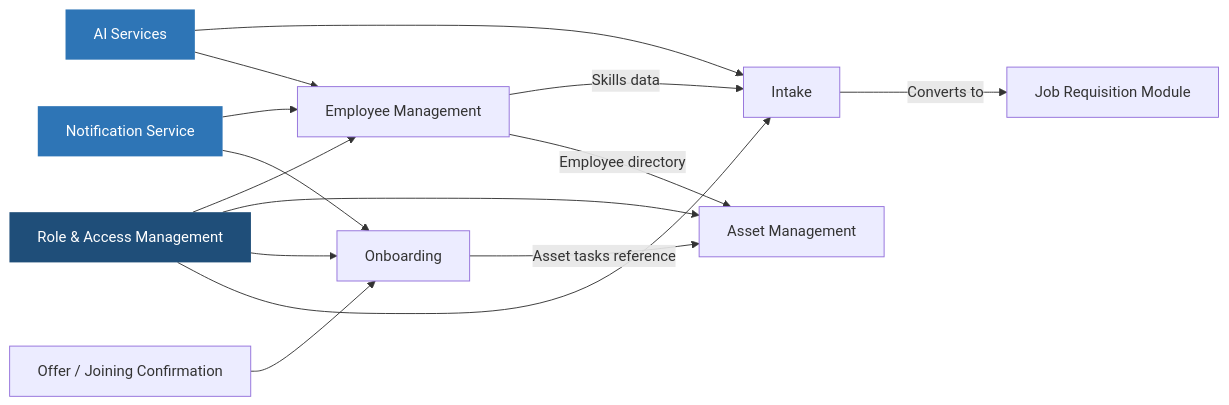
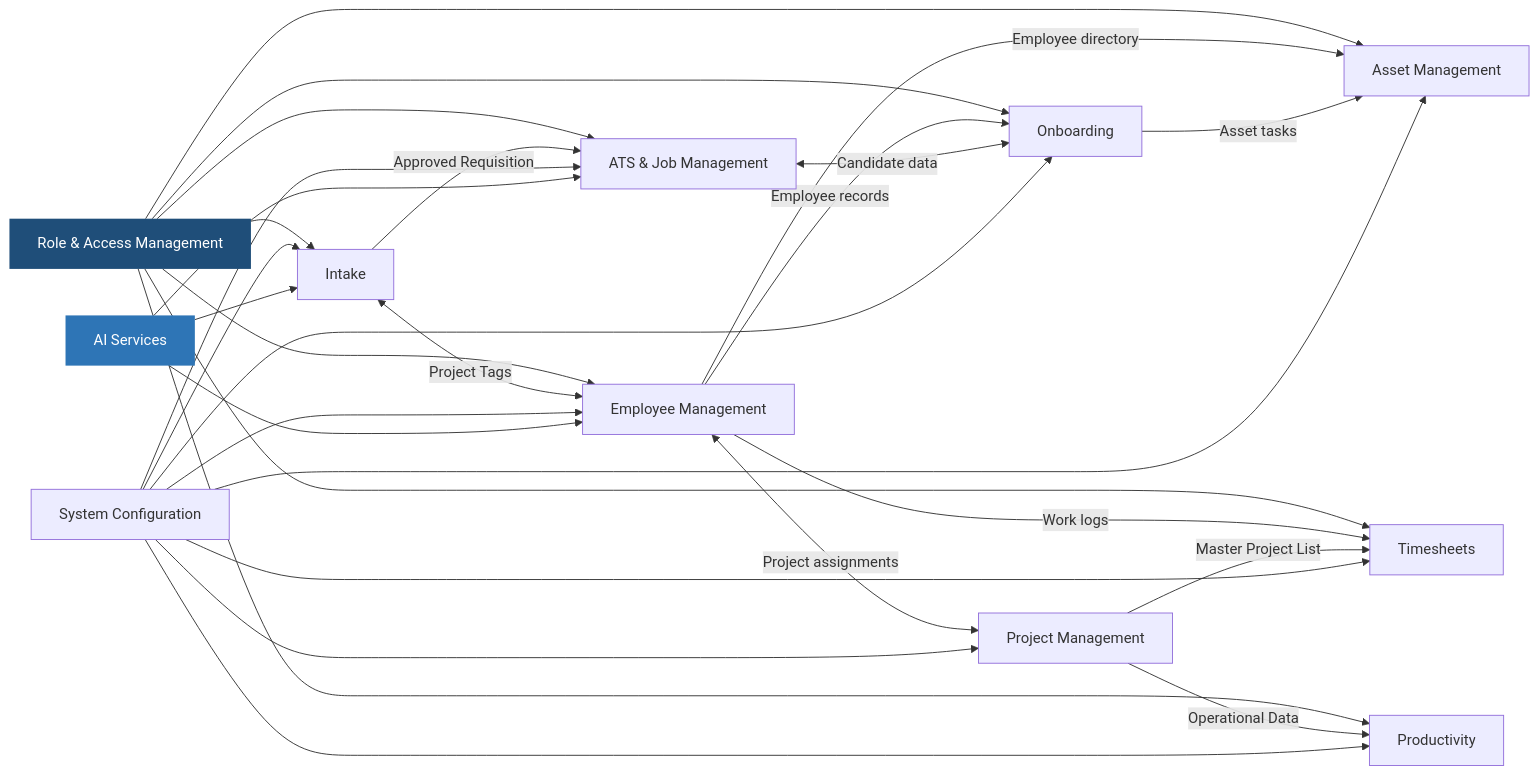
Before and after one commit to ATDawnTech/HubV2: diagram 18 of 18 in docs/ADT_Hub_Spec_Plan.md, drawn with Mermaid. The commit also changed other lines of this file, not shown here.

Commit message:
Refine Epic 1 (Personnel Management) and reorder Epics 8/10

````diff
--- a/docs/ADT_Hub_Spec_Plan.md
+++ b/docs/ADT_Hub_Spec_Plan.md
@@ -729,21 +909,35 @@
 ```mermaid
 graph LR
-    RBAC[Role & Access Management] --> Intake
+    RBAC[Role & Access Management] --> Employees[Employee Management]
+    RBAC --> Intake
     RBAC --> Onboarding
     RBAC --> Assets[Asset Management]
-    RBAC --> Employees[Employee Management]
+    RBAC --> ATS[ATS & Job Management]
+    RBAC --> Timesheets
+    RBAC --> Productivity
 
-    Intake -->|Converts to| JobRec[Job Requisition Module]
-    Offer[Offer / Joining Confirmation] --> Onboarding
-    Onboarding -->|Asset tasks reference| Assets
-    Notify[Notification Service] --> Onboarding
-    Notify --> Employees
     Employees -->|Employee directory| Assets
-    Employees -->|Skills data| Intake
+    Employees -->|Employee records| Onboarding
+    Employees <-->|Project assignments| ProjectMgmt[Project Management]
+    Employees -->|Work logs| Timesheets
+    Intake <-->|Project Tags| Employees
+    Intake -->|Approved Requisition| ATS
+    ATS <-->|Candidate data| Onboarding
+    Onboarding -->|Asset tasks| Assets
+    ProjectMgmt -->|Master Project List| Timesheets
+    ProjectMgmt -->|Operational Data| Productivity
+    Config[System Configuration] --> Employees
+    Config --> Intake
+    Config --> Onboarding
+    Config --> Assets
+    Config --> ATS
+    Config --> Timesheets
+    Config --> Productivity
+    Config --> ProjectMgmt
     AI[AI Services] --> Employees
     AI --> Intake
+    AI --> ATS
 
     style RBAC fill:#1F4E79,color:#fff,stroke:none
-    style Notify fill:#2E75B6,color:#fff,stroke:none
     style AI fill:#2E75B6,color:#fff,stroke:none
 ```
````
